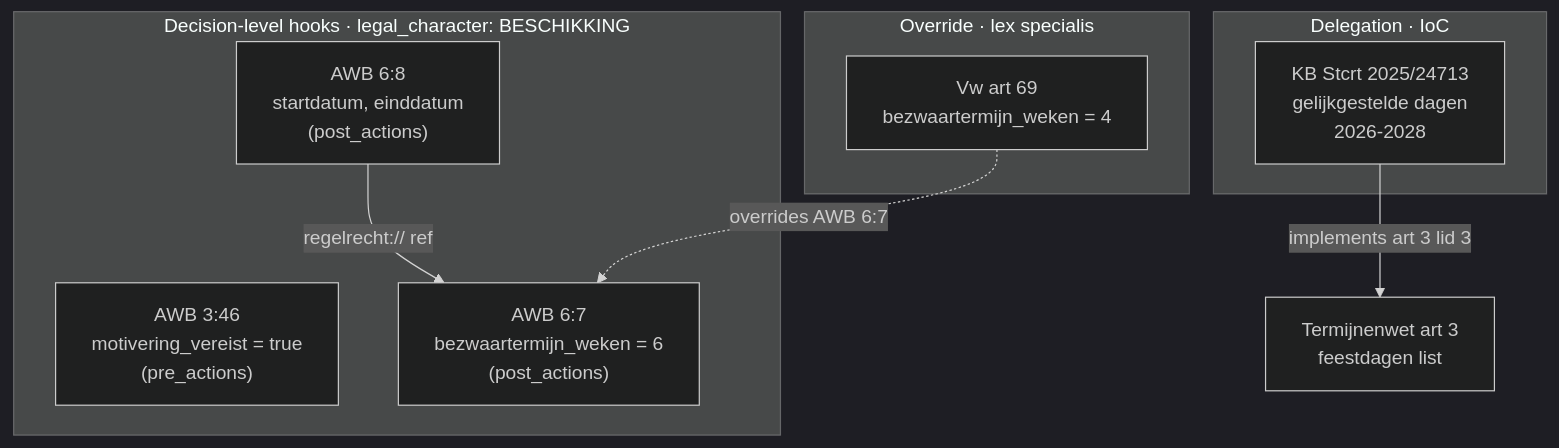
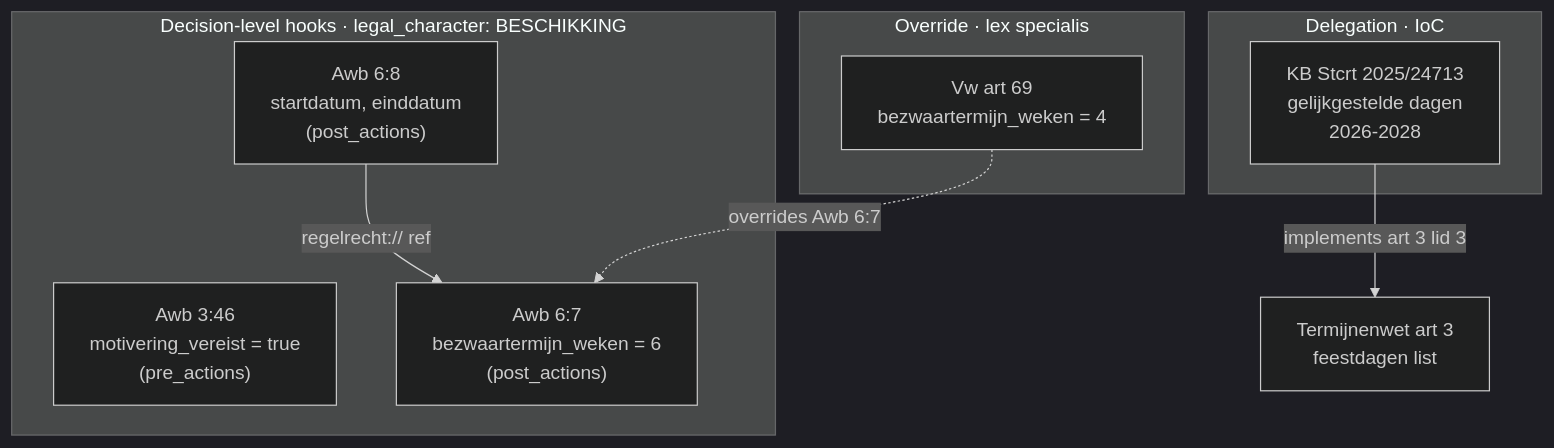
The third of 4 diagrams in docs/src/content/rfcs/rfc-007.md (MinBZK/regelrecht), drawn with Mermaid (dark theme) before and after one commit. The commit also changed other lines of this file and 18 other files, not shown here.

````diff
--- a/docs/src/content/rfcs/rfc-007.md
+++ b/docs/src/content/rfcs/rfc-007.md
@@ -263,21 +263,21 @@
 ```mermaid
 graph TB
     subgraph "Decision-level hooks · legal_character: BESCHIKKING"
-        H1["AWB 3:46\nmotivering_vereist = true\n(pre_actions)"]
-        H2["AWB 6:7\nbezwaartermijn_weken = 6\n(post_actions)"]
-        H3["AWB 6:8\nstartdatum, einddatum\n(post_actions)"]
+        H1["Awb 3:46\nmotivering_vereist = true\n(pre_actions)"]
+        H2["Awb 6:7\nbezwaartermijn_weken = 6\n(post_actions)"]
+        H3["Awb 6:8\nstartdatum, einddatum\n(post_actions)"]
     end
 
     subgraph "Override · lex specialis"
         O1["Vw art 69\nbezwaartermijn_weken = 4"]
     end
 
     subgraph "Delegation · IoC"
         D1["KB Stcrt 2025/24713\ngelijkgestelde dagen\n2026-2028"]
     end
 
     H3 -->|"regelrecht:// ref"| H2
-    O1 -.->|"overrides AWB 6:7"| H2
+    O1 -.->|"overrides Awb 6:7"| H2
     D1 -->|"implements art 3 lid 3"| T3["Termijnenwet art 3\nfeestdagen list"]
 
 ```
````
